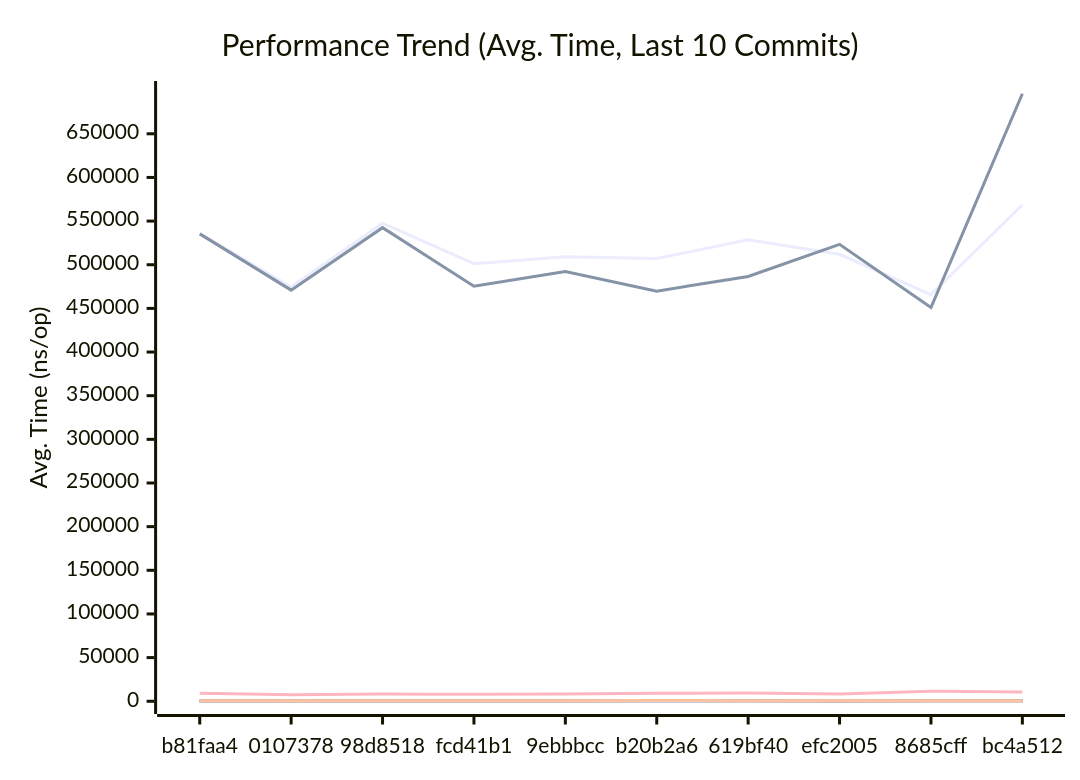
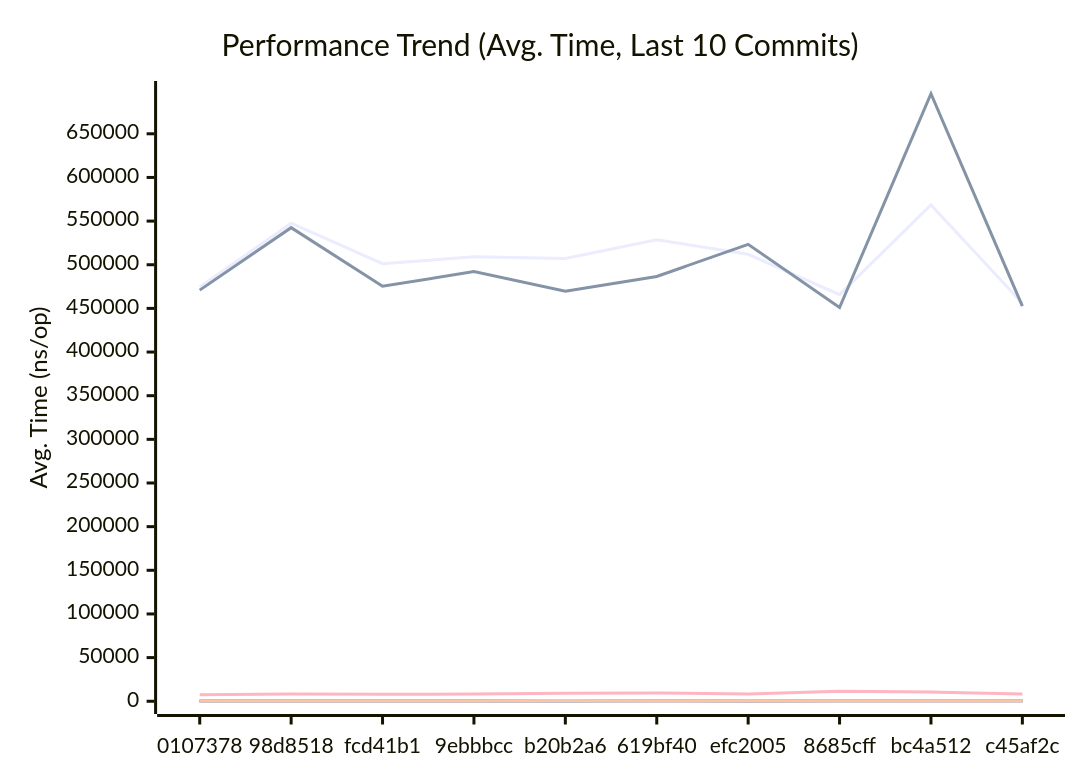
Before and after one commit to alsotoes/momo: the first of 3 diagrams in docs/PERFORMANCE.md, drawn with Mermaid. The commit also changed other lines of this file and 4 other files, not shown here.

First line of the commit message:
docs: sync codebase state into ARCHITECTURE, P2P, PROTOCOL docs

````diff
--- a/docs/PERFORMANCE.md
+++ b/docs/PERFORMANCE.md
@@ -145,20 +145,20 @@
 ```mermaid
 xychart-beta
     title "Performance Trend (Avg. Time, Last 10 Commits)"
     x-axis "Commit"
     y-axis "Avg. Time (ns/op)"
-    x-axis [b81faa4,0107378,98d8518,fcd41b1,9ebbbcc,b20b2a6,619bf40,efc2005,8685cff,bc4a512]
-    line "AWSChunkedReaderSigned" [536055,474487,547638,501193,509071,507099,528608,511934,465777,568519]
-    line "AWSChunkedReaderUnsigned" [535372,470934,542477,475383,492103,469747,486617,523389,450952,695863]
-    line "CheckMetricsAndSwap" [11,8,9,8,10,9,9,11,9,12]
-    line "CrushOptimized" [359,357,366,378,382,366,323,333,409,430]
-    line "CrushOriginal" [501,444,519,462,546,546,550,489,590,762]
-    line "IndexDirectTracking" [0,0,0,0,0,0,0,0,0,1]
-    line "IndexSearch" [3,3,3,3,3,3,3,3,3,4]
-    line "LoadGlobalConfig" [9154,7311,8381,7902,8218,9180,9457,8266,11444,10501]
-    line "PadString" [50,41,54,44,44,50,49,47,56,70]
+    x-axis [0107378,98d8518,fcd41b1,9ebbbcc,b20b2a6,619bf40,efc2005,8685cff,bc4a512,c45af2c]
+    line "AWSChunkedReaderSigned" [474487,547638,501193,509071,507099,528608,511934,465777,568519,455946]
+    line "AWSChunkedReaderUnsigned" [470934,542477,475383,492103,469747,486617,523389,450952,695863,452536]
+    line "CheckMetricsAndSwap" [8,9,8,10,9,9,11,9,12,8]
+    line "CrushOptimized" [357,366,378,382,366,323,333,409,430,318]
+    line "CrushOriginal" [444,519,462,546,546,550,489,590,762,454]
+    line "IndexDirectTracking" [0,0,0,0,0,0,0,0,1,0]
+    line "IndexSearch" [3,3,3,3,3,3,3,3,4,3]
+    line "LoadGlobalConfig" [7311,8381,7902,8218,9180,9457,8266,11444,10501,8376]
+    line "PadString" [41,54,44,44,50,49,47,56,70,48]
     line "ParseReplicationOrder_NoPrealloc" [350,349,357,354,345,225,229,165,232,234]
     line "ParseReplicationOrder_Prealloc" [229,231,237,234,229,108,107,80,110,109]
-    line "SanitizeLog/Safe" [520,440,468,490,508,482,560,430,509,554]
-    line "SanitizeLog/Unsafe" [616,544,677,581,581,785,678,656,684,714]
+    line "SanitizeLog/Safe" [440,468,490,508,482,560,430,509,554,446]
+    line "SanitizeLog/Unsafe" [544,677,581,581,785,678,656,684,714,605]
 ```
````
